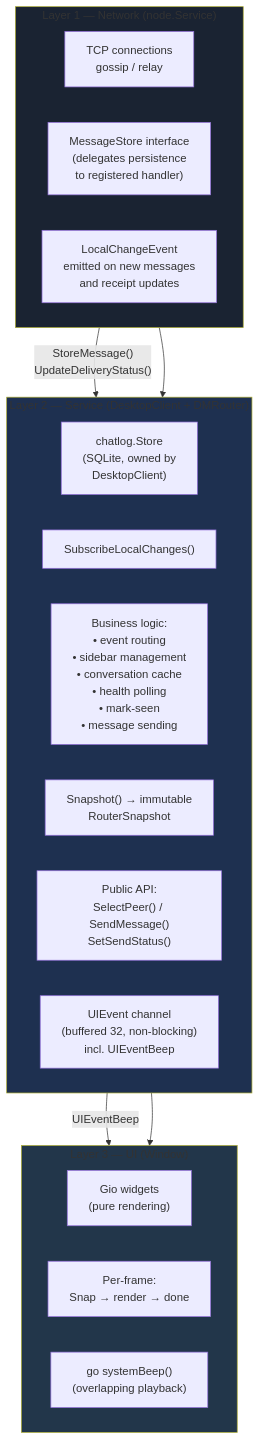
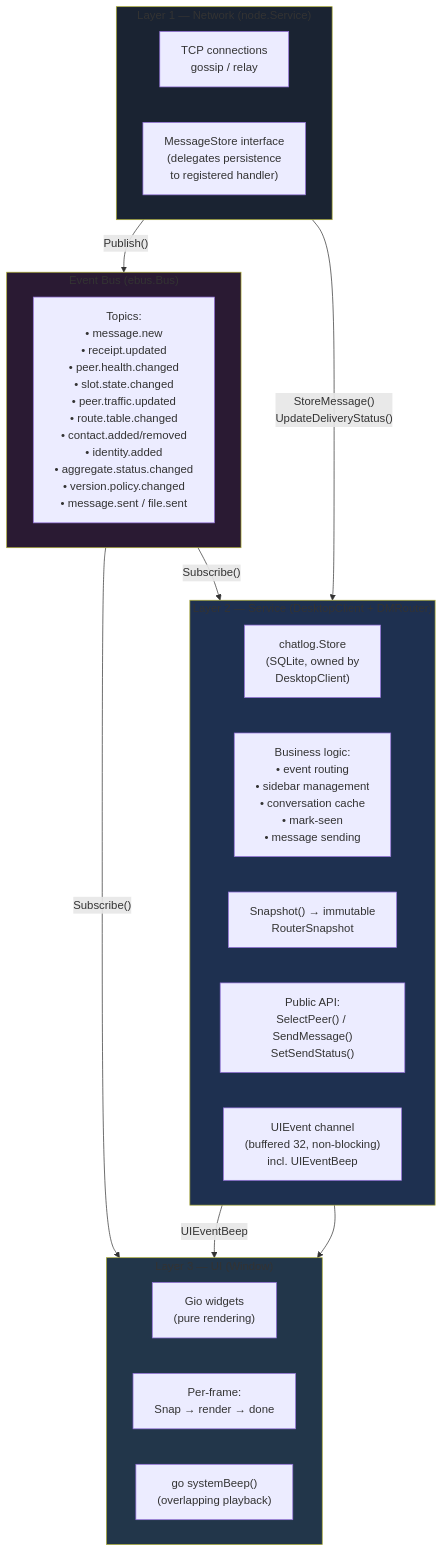
The first of 4 diagrams in docs/dm_router.md (piratecash/corsa), drawn with Mermaid before and after one commit. The commit also changed other lines of this file and 75 other files, not shown here.

First line of the commit message:
refactor(ebus): introduce async topic bus and move node state propagation onto ebus

````diff
--- a/docs/dm_router.md
+++ b/docs/dm_router.md
@@ -19,35 +19,41 @@
 ```mermaid
 flowchart TB
     subgraph L1["Layer 1 — Network (node.Service)"]
         direction LR
         TCP["TCP connections\ngossip / relay"]
         MSTORE["MessageStore interface\n(delegates persistence\nto registered handler)"]
-        EVENTS_OUT["LocalChangeEvent\nemitted on new messages\nand receipt updates"]
+    end
+
+    subgraph EBUS["Event Bus (ebus.Bus)"]
+        direction LR
+        TOPICS["Topics:\n• message.new\n• receipt.updated\n• peer.health.changed\n• slot.state.changed\n• peer.traffic.updated\n• route.table.changed\n• contact.added/removed\n• identity.added\n• aggregate.status.changed\n• version.policy.changed\n• message.sent / file.sent"]
     end
 
     subgraph L2["Layer 2 — Service (DesktopClient + DMRouter)"]
         direction LR
         CHATLOG["chatlog.Store\n(SQLite, owned by\nDesktopClient)"]
-        SUBSCRIBE["SubscribeLocalChanges()"]
-        BUSINESS["Business logic:\n• event routing\n• sidebar management\n• conversation cache\n• health polling\n• mark-seen\n• message sending"]
+        BUSINESS["Business logic:\n• event routing\n• sidebar management\n• conversation cache\n• mark-seen\n• message sending"]
         SNAPSHOT["Snapshot() → immutable\nRouterSnapshot"]
         API["Public API:\nSelectPeer() / SendMessage()\nSetSendStatus()"]
         UIEVENTS["UIEvent channel\n(buffered 32, non-blocking)\nincl. UIEventBeep"]
     end
 
     subgraph L3["Layer 3 — UI (Window)"]
         direction LR
         GIO["Gio widgets\n(pure rendering)"]
         FRAME["Per-frame:\nSnap → render → done"]
         BEEP["go systemBeep()\n(overlapping playback)"]
     end
 
-    L1 --> L2
+    L1 -->|"Publish()"| EBUS
+    EBUS -->|"Subscribe()"| L2
+    EBUS -->|"Subscribe()"| L3
     L2 --> L3
     MSTORE -->|"StoreMessage()\nUpdateDeliveryStatus()"| CHATLOG
     UIEVENTS -->|"UIEventBeep"| BEEP
 
     style L1 fill:#1a2332
+    style EBUS fill:#2a1a33
     style L2 fill:#1e3050
     style L3 fill:#22364a
 ```
````
